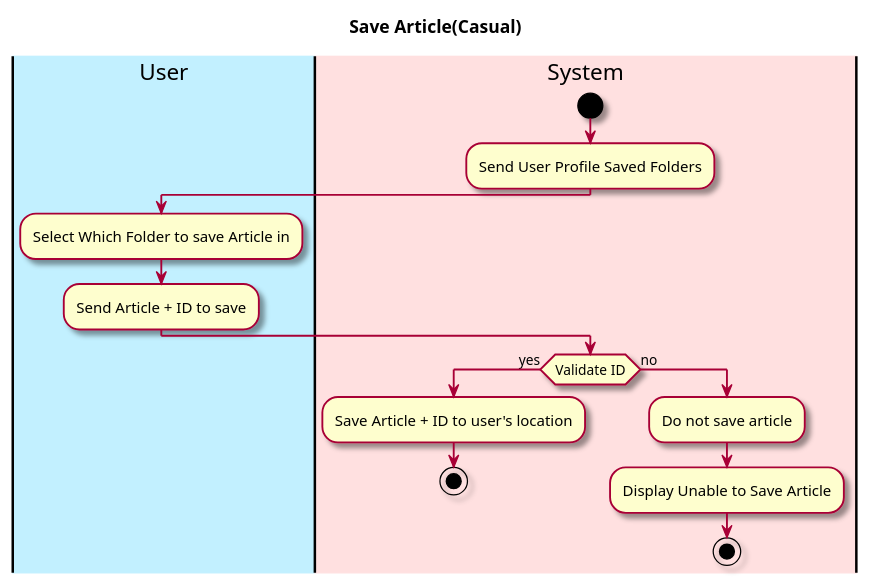
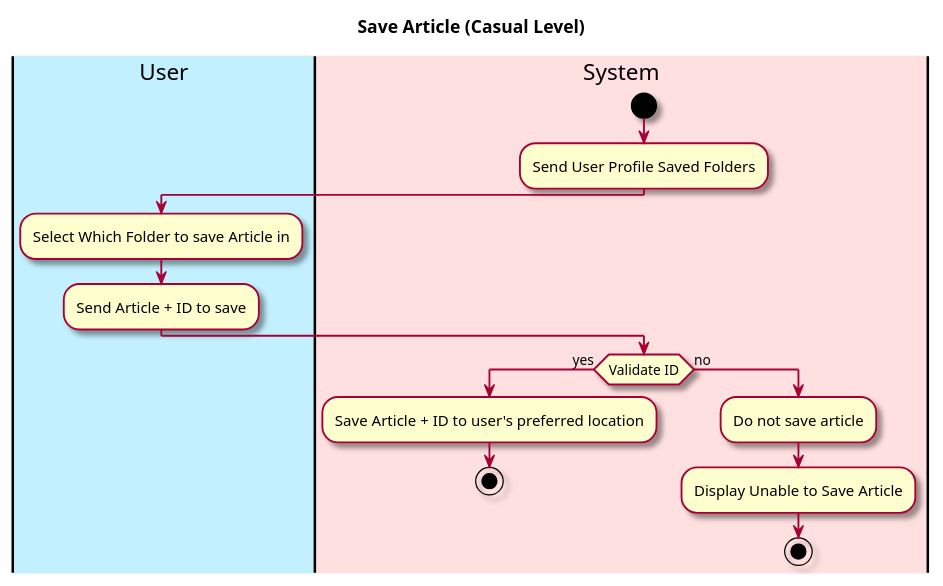
Before and after one commit to owhitleym-ui/EcoScoop: the diagram in intellij/doc/Functional Specification/save-article.md, drawn with PlantUML. The commit also changed other lines of this file and 7 other files, not shown here.

````diff
--- a/intellij/doc/Functional Specification/save-article.md
+++ b/intellij/doc/Functional Specification/save-article.md
@@ -42,31 +24,31 @@
 ```plantuml
 @startuml
 
 skin rose
 
-title Save Article(Casual)
+title Save Article (Casual Level)
 
 'define the lanes
 |#application|User|
 |#implementation|System|
 
 |System|
 start
 :Send User Profile Saved Folders;
 
 |User|
 :Select Which Folder to save Article in;
 :Send Article + ID to save;
 
 |System|
 if (Validate ID) then (yes)
-:Save Article + ID to user's location;
+:Save Article + ID to user's preferred location;
 stop
 
 else (no)
 :Do not save article;
 :Display Unable to Save Article;
 
 stop
 @enduml
 ```
````
